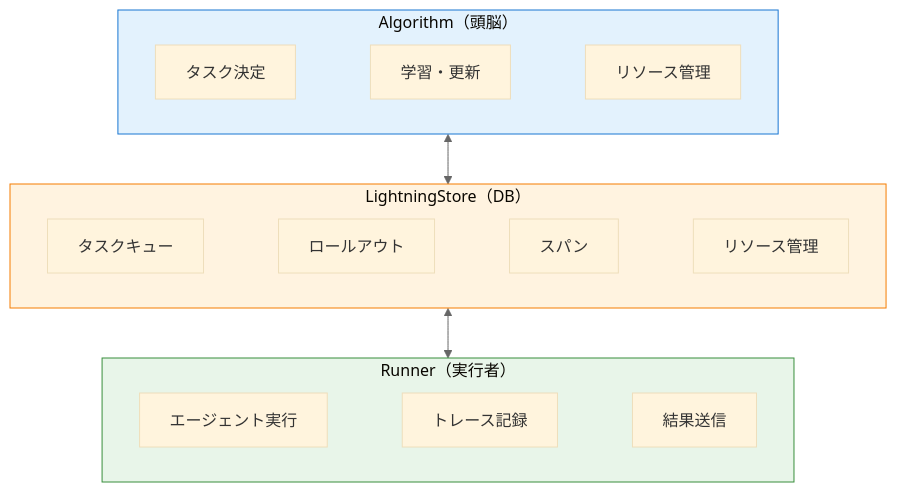
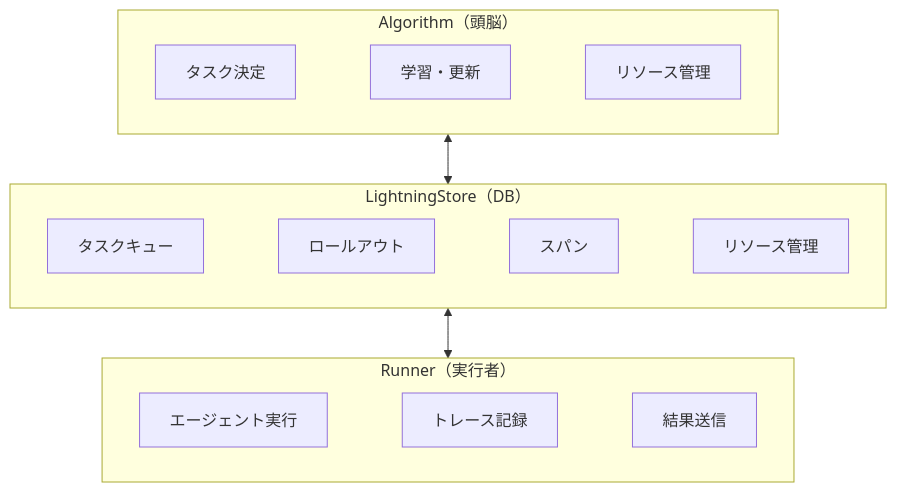
The fourth of 5 diagrams in articles/promptwizard-vs-agentlightning.md (nomhiro/zenn-blog), drawn with Mermaid before and after one commit. The commit also changed other lines of this file, not shown here.

````diff
--- a/articles/promptwizard-vs-agentlightning.md
+++ b/articles/promptwizard-vs-agentlightning.md
@@ -172,24 +164,19 @@
 ```mermaid
-%%{init: {'theme': 'base', 'themeVariables': { 'primaryTextColor': '#333', 'lineColor': '#666' }}}%%
 flowchart TB
     subgraph Algorithm["Algorithm（頭脳）"]
         direction LR
         A1[タスク決定] ~~~ A2[学習・更新] ~~~ A3[リソース管理]
     end
 
     subgraph Store["LightningStore（DB）"]
         direction LR
         S1[タスクキュー] ~~~ S2[ロールアウト] ~~~ S3[スパン] ~~~ S4[リソース管理]
     end
 
     subgraph Runner["Runner（実行者）"]
         direction LR
         R1[エージェント実行] ~~~ R2[トレース記録] ~~~ R3[結果送信]
     end
 
     Algorithm <--> Store <--> Runner
-
-    style Algorithm fill:#e3f2fd,stroke:#1976d2
-    style Store fill:#fff3e0,stroke:#f57c00
-    style Runner fill:#e8f5e9,stroke:#388e3c
 ```
````
